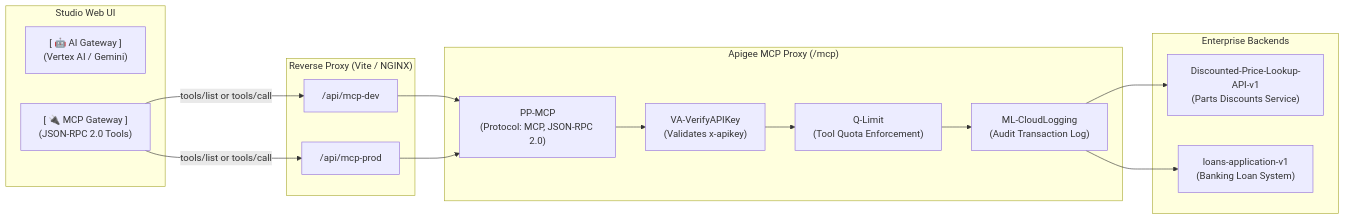
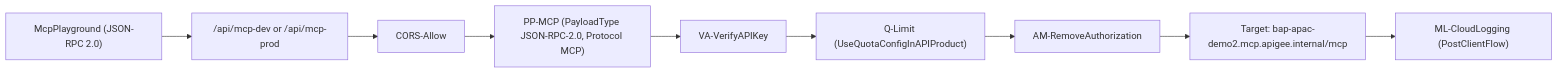
One commit to yem0428/apigee-ai-gateway-demo changed the second of 3 diagrams in docs/apigee_ai_gateway_demo_design.md. Above: the diagram before and after it, drawn with Mermaid. The commit also changed other lines of this file and 7 other files, not shown here.

````diff
--- a/docs/apigee_ai_gateway_demo_design.md
+++ b/docs/apigee_ai_gateway_demo_design.md
@@ -163,30 +390,11 @@
 ```mermaid
 flowchart LR
-    subgraph Client ["Studio Web UI"]
-        AITab["[ 🤖 AI Gateway ]\n(Vertex AI / Gemini)"]
-        MCPTab["[ 🔌 MCP Gateway ]\n(JSON-RPC 2.0 Tools)"]
-    end
-
-    subgraph ReverseProxy ["Reverse Proxy (Vite / NGINX)"]
-        DevMcp["/api/mcp-dev"]
-        ProdMcp["/api/mcp-prod"]
-    end
-
-    subgraph ApigeeMCP ["Apigee MCP Proxy (/mcp)"]
-        PP["PP-MCP\n(Protocol: MCP, JSON-RPC 2.0)"]
-        VA["VA-VerifyAPIKey\n(Validates x-apikey)"]
-        Q["Q-Limit\n(Tool Quota Enforcement)"]
-        ML["ML-CloudLogging\n(Audit Transaction Log)"]
-    end
-
-    subgraph Backend ["Enterprise Backends"]
-        Discounts["Discounted-Price-Lookup-API-v1\n(Parts Discounts Service)"]
-        Loans["loans-application-v1\n(Banking Loan System)"]
-    end
-
-    MCPTab -->|tools/list or tools/call| DevMcp --> PP
-    MCPTab -->|tools/list or tools/call| ProdMcp --> PP
-    PP --> VA --> Q --> ML
-    ML --> Discounts
-    ML --> Loans
+    UI["McpPlayground (JSON-RPC 2.0)"] --> RP["/api/mcp-dev or /api/mcp-prod"]
+    RP --> CORS["CORS-Allow"]
+    CORS --> PP["PP-MCP (PayloadType JSON-RPC-2.0, Protocol MCP)"]
+    PP --> VA["VA-VerifyAPIKey"]
+    VA --> Q["Q-Limit (UseQuotaConfigInAPIProduct)"]
+    Q --> AM["AM-RemoveAuthorization"]
+    AM --> UP["Target: bap-apac-demo2.mcp.apigee.internal/mcp"]
+    UP --> ML["ML-CloudLogging (PostClientFlow)"]
 ```
````
